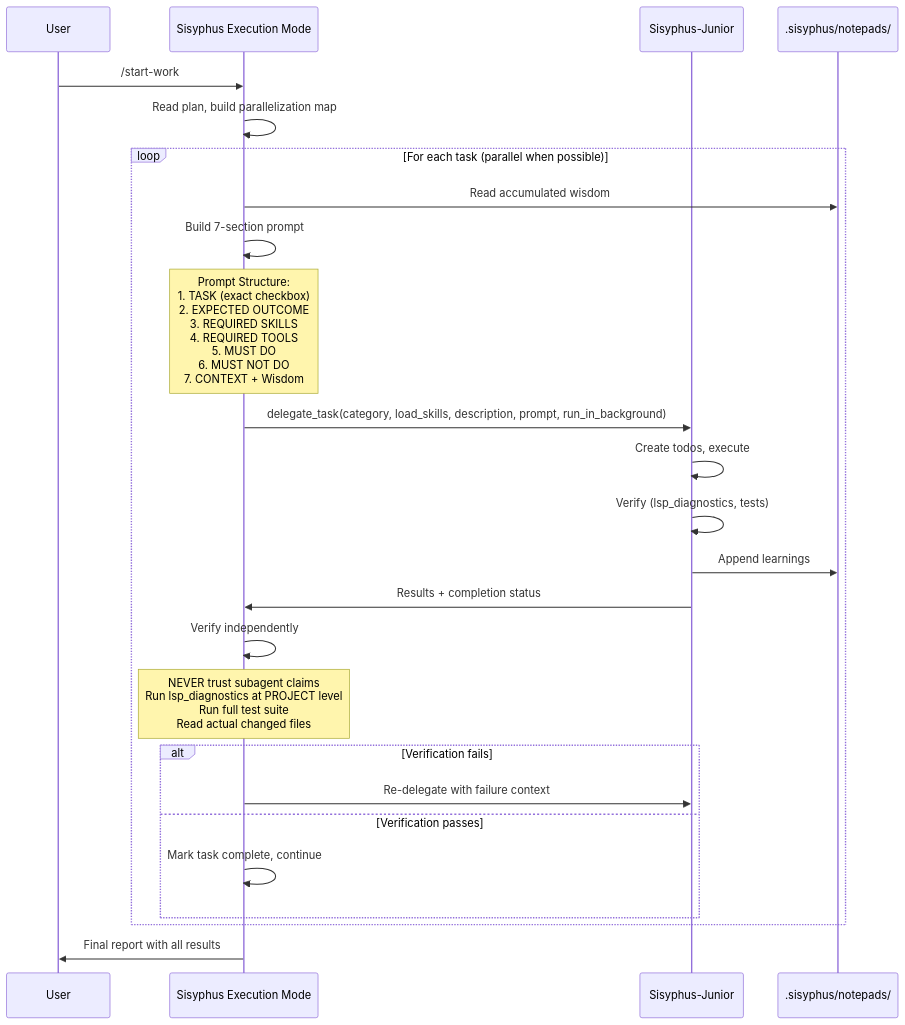
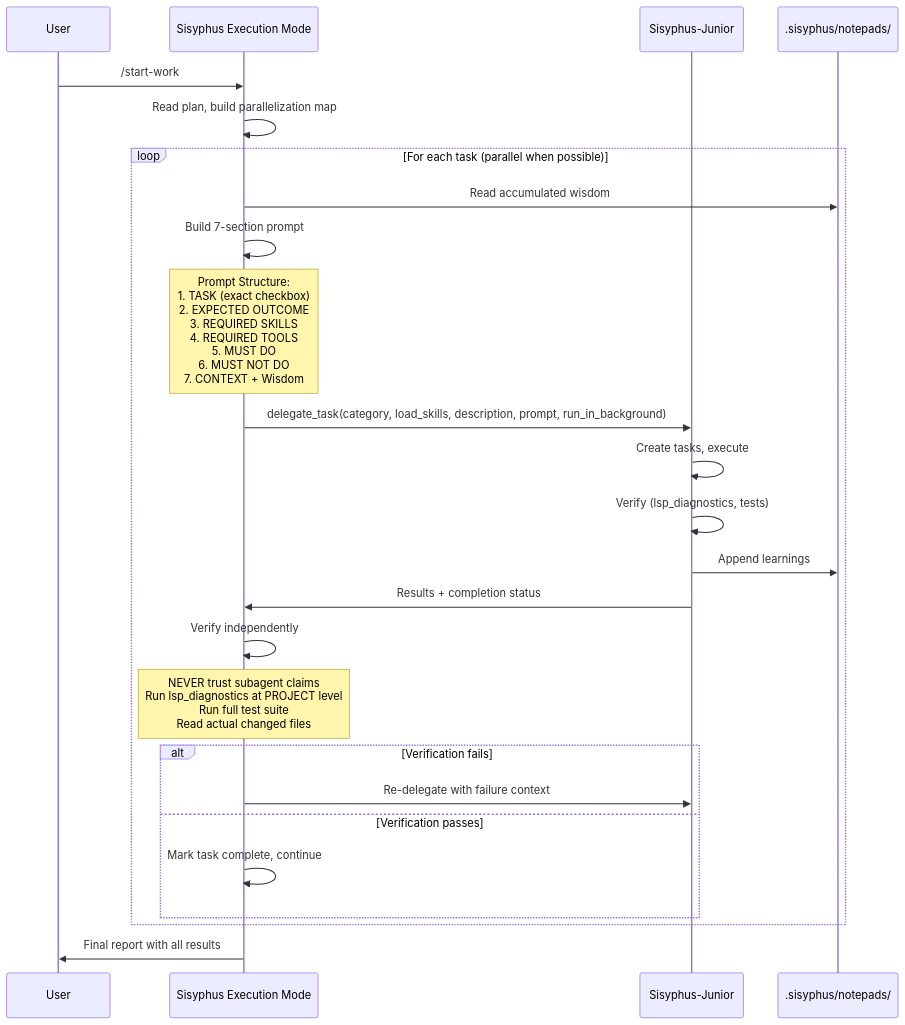
The fourth of 4 diagrams in docs/guide/understanding-orchestration-system.md (arcthur/oh-my-opencode), drawn with Mermaid before and after one commit. The commit also changed other lines of this file and 171 other files, not shown here.

First line of the commit message:
refactor(task-graph): hard switch to TaskGraph V2 SSOT

````diff
--- a/docs/guide/understanding-orchestration-system.md
+++ b/docs/guide/understanding-orchestration-system.md
@@ -380,35 +382,35 @@
 ```mermaid
 sequenceDiagram
     participant User
     participant Orchestrator as Sisyphus Execution Mode
     participant Junior as Sisyphus-Junior
     participant Notepad as .sisyphus/notepads/
     
     User->>Orchestrator: /start-work
     Orchestrator->>Orchestrator: Read plan, build parallelization map
     
     loop For each task (parallel when possible)
         Orchestrator->>Notepad: Read accumulated wisdom
         Orchestrator->>Orchestrator: Build 7-section prompt
         
         Note over Orchestrator: Prompt Structure:<br/>1. TASK (exact checkbox)<br/>2. EXPECTED OUTCOME<br/>3. REQUIRED SKILLS<br/>4. REQUIRED TOOLS<br/>5. MUST DO<br/>6. MUST NOT DO<br/>7. CONTEXT + Wisdom
         
         Orchestrator->>Junior: delegate_task(category, load_skills, description, prompt, run_in_background)
         
-        Junior->>Junior: Create todos, execute
+        Junior->>Junior: Create tasks, execute
         Junior->>Junior: Verify (lsp_diagnostics, tests)
         Junior->>Notepad: Append learnings
         Junior->>Orchestrator: Results + completion status
         
         Orchestrator->>Orchestrator: Verify independently
         Note over Orchestrator: NEVER trust subagent claims<br/>Run lsp_diagnostics at PROJECT level<br/>Run full test suite<br/>Read actual changed files
         
         alt Verification fails
             Orchestrator->>Junior: Re-delegate with failure context
         else Verification passes
             Orchestrator->>Orchestrator: Mark task complete, continue
         end
     end
     
     Orchestrator->>User: Final report with all results
 ```
````
